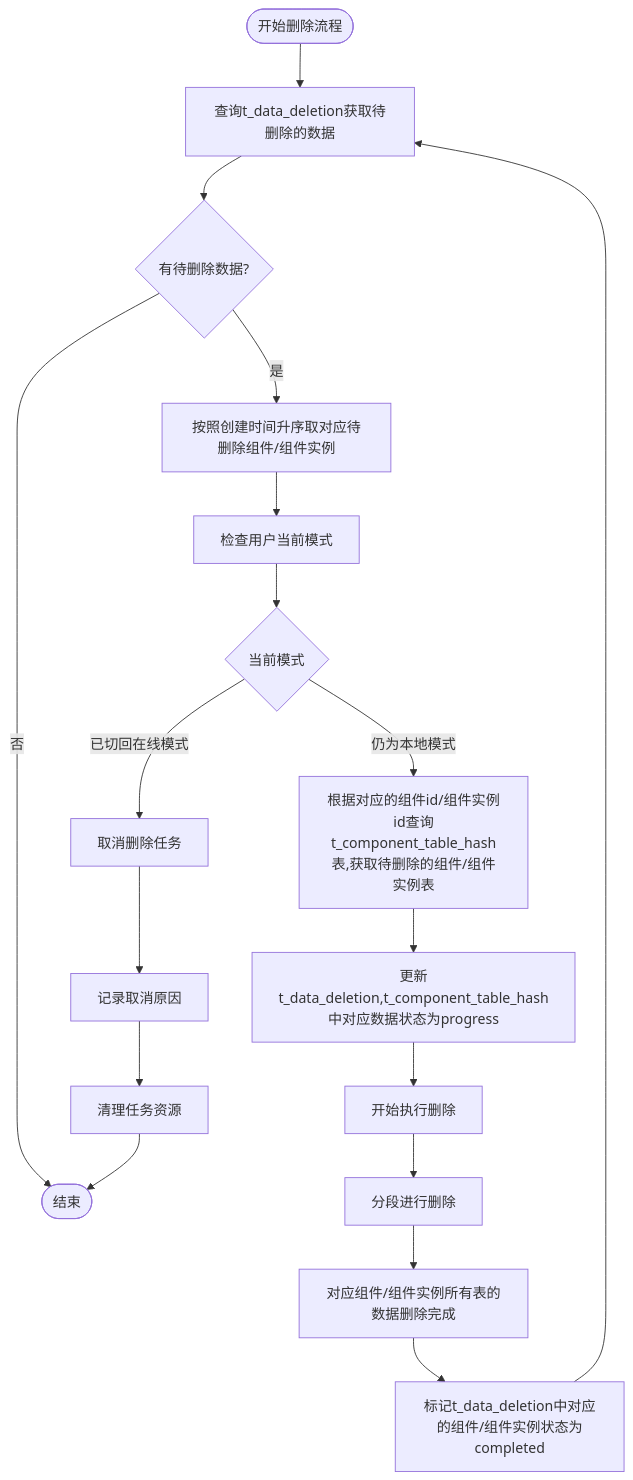
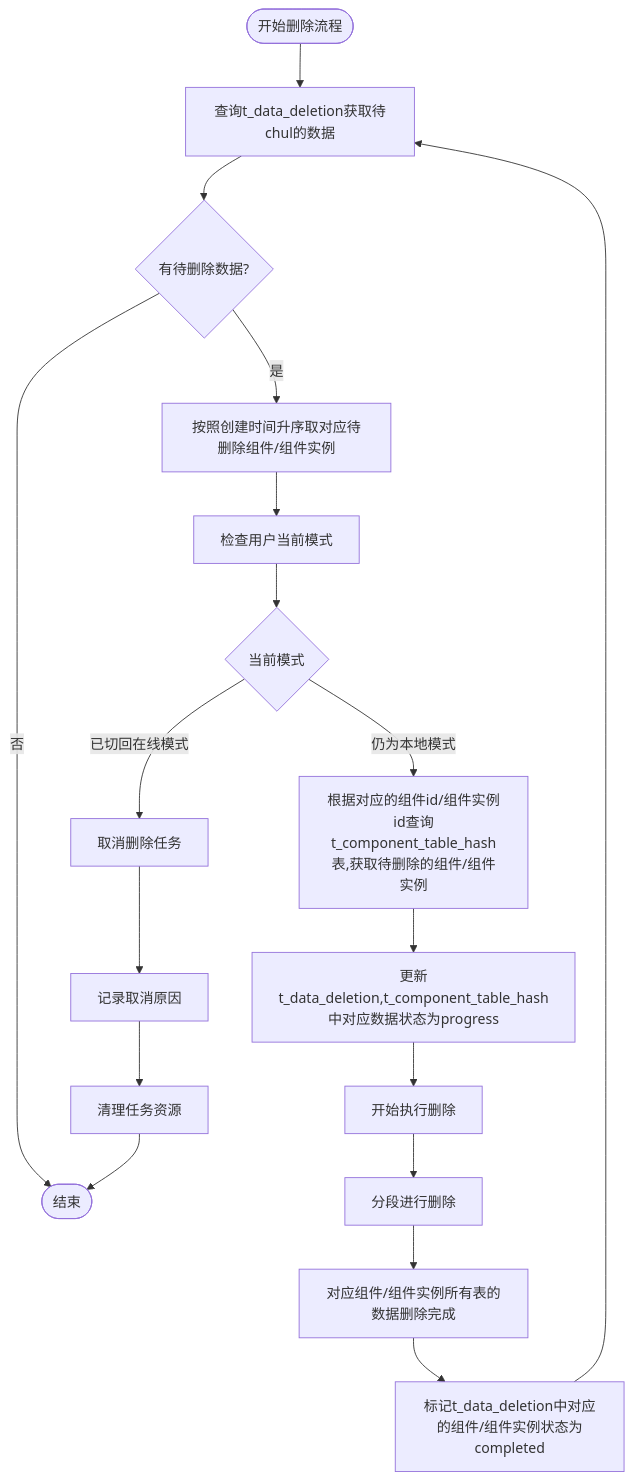
Before and after one commit to yingjianzh/iodraw-files: the diagram in all/未命名-51.md, drawn with Mermaid.

Commit message:
2025-05-08 15:45:23 update

````diff
--- a/all/未命名-51.md
+++ b/all/未命名-51.md
@@ -1,28 +1,28 @@
 ```mermaid
 flowchart TD
-    Start([开始删除流程]) --> FetchTasks[查询t_data_deletion获取待删除的数据]
+    Start([开始删除流程]) --> FetchTasks[查询t_data_deletion获取待chul的数据]
     FetchTasks --> HasTasks{有待删除数据?}
     
     HasTasks -->|否| End([结束])
     HasTasks -->|是| PrioritizeTasks[按照创建时间升序取对应待删除组件/组件实例]
     
     PrioritizeTasks --> CheckUserMode[检查用户当前模式]
     
     CheckUserMode --> CurrentMode{当前模式}
     CurrentMode -->|已切回在线模式| TaskCancel[取消删除任务]
-    CurrentMode -->|仍为本地模式| LockTask[根据对应的组件id/组件实例id查询t_component_table_hash表,获取待删除的组件/组件实例表]
+    CurrentMode -->|仍为本地模式| LockTask[根据对应的组件id/组件实例id查询t_component_table_hash表,获取待删除的组件/组件实例]
     
     LockTask --> UpdateStatus[更新t_data_deletion,t_component_table_hash中对应数据状态为progress]
     UpdateStatus --> BeginDeletion[开始执行删除]
     
     BeginDeletion --> A[分段进行删除]
     
     A --> B[对应组件/组件实例所有表的数据删除完成]
     B --> MarkCompleted[标记t_data_deletion中对应的组件/组件实例状态为completed]
     
     TaskCancel --> LogCancellation[记录取消原因]
     LogCancellation --> CleanupTask[清理任务资源]
     
     MarkCompleted --> FetchTasks
     CleanupTask --> End
 ```
````
